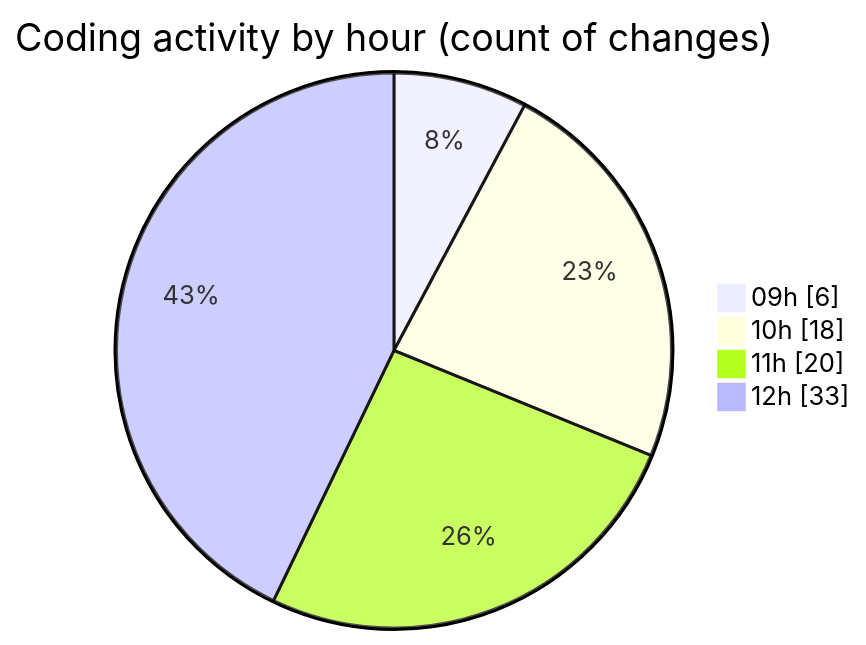
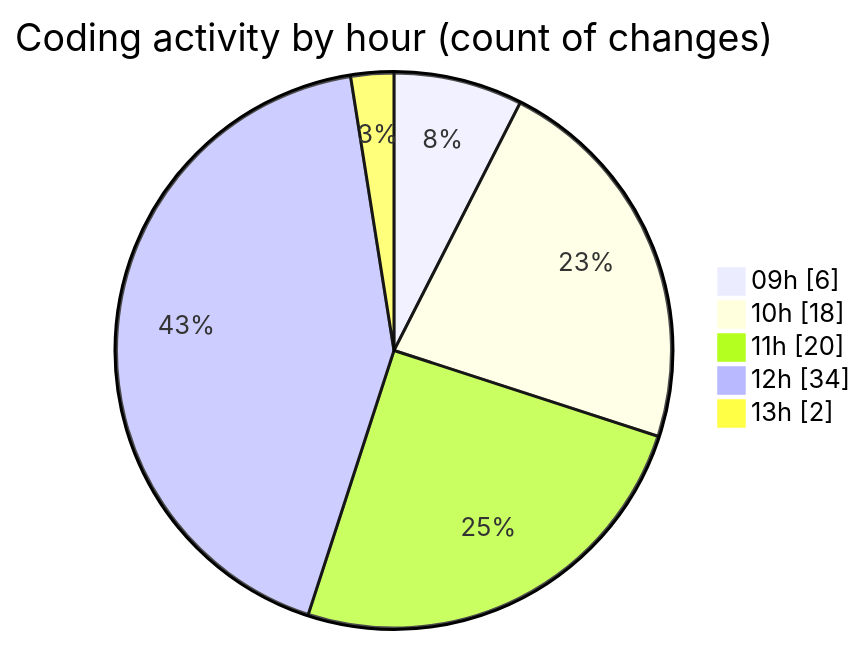
Before and after one commit to momahboobian/code-tracking: the second of 2 diagrams in 2025-06-20/cda/README.md, drawn with Mermaid. The commit also changed other lines of this file and 1 other file, not shown here.

````diff
--- a/2025-06-20/cda/README.md
+++ b/2025-06-20/cda/README.md
@@ -50,8 +50,9 @@
 ```mermaid
 pie showData
 title Coding activity by hour (count of changes)
 "09h" : 6
 "10h" : 18
 "11h" : 20
-"12h" : 33
+"12h" : 34
+"13h" : 2
 ```
````
